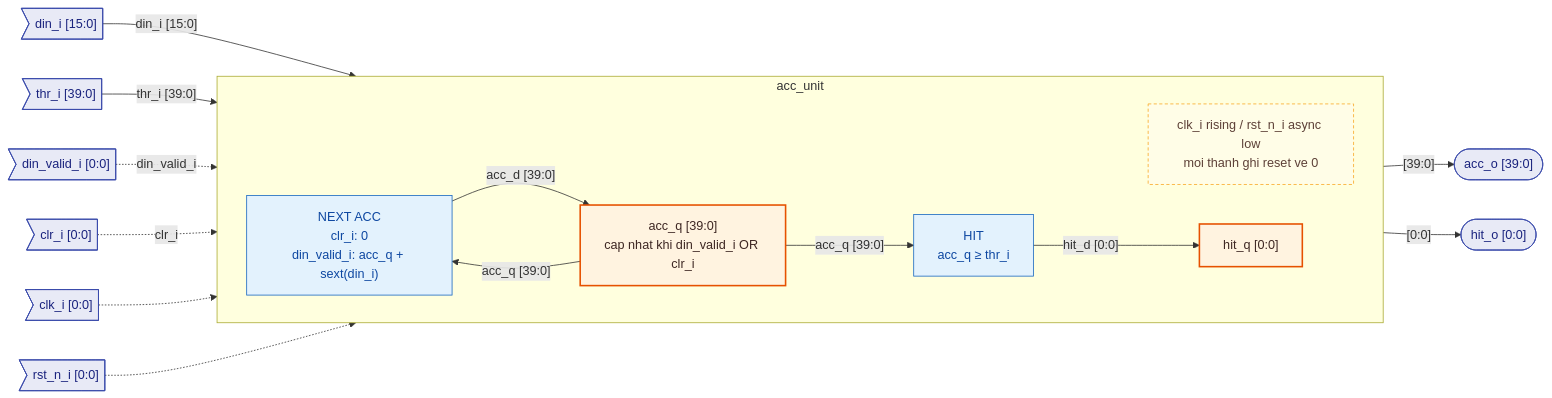
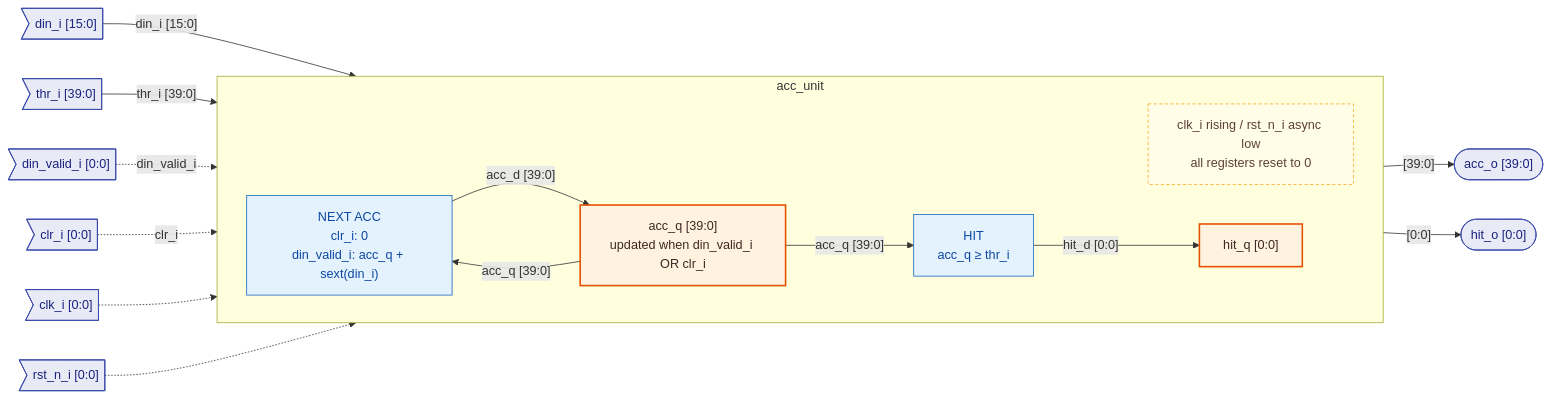
The diagram in .claude/skills/rtl-s2-diagram/references/example_l2_acc_unit.mmd (nhquan-vt205/APB-Slave_reg_module), drawn with Mermaid before and after one commit. The commit also changed 24 other files, not shown here.

```diff
--- a/.claude/skills/rtl-s2-diagram/references/example_l2_acc_unit.mmd
+++ b/.claude/skills/rtl-s2-diagram/references/example_l2_acc_unit.mmd
@@ -1,52 +1,52 @@
 %% module : acc_unit
 %% stage  : 2 - diagram L2 (RTL-oriented sketch)
-%% nguon  : doc/spec/acc_unit_spec.md
-%% mo tren: https://mermaid.live
+%% source : doc/spec/acc_unit_spec.md
+%% open in: https://mermaid.live
 flowchart LR
 
   %% ===== INPUT PORTS =====
   pi_clk>"clk_i [0:0]"]
   pi_rst>"rst_n_i [0:0]"]
   pi_din>"din_i [15:0]"]
   pi_vld>"din_valid_i [0:0]"]
   pi_clr>"clr_i [0:0]"]
   pi_thr>"thr_i [39:0]"]
 
   %% ===== OUTPUT PORTS =====
   po_acc(["acc_o [39:0]"])
   po_hit(["hit_o [0:0]"])
 
   subgraph M_acc_unit["acc_unit"]
     direction LR
-    n_clkrst["clk_i rising / rst_n_i async low<br/>moi thanh ghi reset ve 0"]
+    n_clkrst["clk_i rising / rst_n_i async low<br/>all registers reset to 0"]
     blk_nxt["NEXT ACC<br/>clr_i: 0<br/>din_valid_i: acc_q + sext(din_i)"]
-    reg_acc["acc_q [39:0]<br/>cap nhat khi din_valid_i OR clr_i"]
+    reg_acc["acc_q [39:0]<br/>updated when din_valid_i OR clr_i"]
     blk_hit["HIT<br/>acc_q ≥ thr_i"]
     reg_hit["hit_q [0:0]"]
   end
 
   %% ===== DATA =====
   pi_din -->|"din_i [15:0]"| blk_nxt
   blk_nxt -->|"acc_d [39:0]"| reg_acc
   reg_acc -->|"acc_q [39:0]"| blk_nxt
   reg_acc -->|"acc_q [39:0]"| blk_hit
   pi_thr -->|"thr_i [39:0]"| blk_hit
   blk_hit -->|"hit_d [0:0]"| reg_hit
   reg_acc -->|"[39:0]"| po_acc
   reg_hit -->|"[0:0]"| po_hit
 
   %% ===== CONTROL =====
   pi_vld -.->|"din_valid_i"| blk_nxt
   pi_clr -.->|"clr_i"| blk_nxt
   pi_clk -.-> n_clkrst
   pi_rst -.-> n_clkrst
 
   %% ===== STYLE =====
   classDef port fill:#e8eaf6,stroke:#3949ab,color:#1a237e
   classDef reg fill:#fff3e0,stroke:#e65100,stroke-width:2px,color:#3e2723
   classDef blk fill:#e3f2fd,stroke:#1565c0,color:#0d47a1
   classDef note fill:#fffde7,stroke:#f9a825,stroke-dasharray:4 3,color:#5d4037
   class pi_clk,pi_rst,pi_din,pi_vld,pi_clr,pi_thr,po_acc,po_hit port
   class reg_acc,reg_hit reg
   class blk_nxt,blk_hit blk
   class n_clkrst note
```
